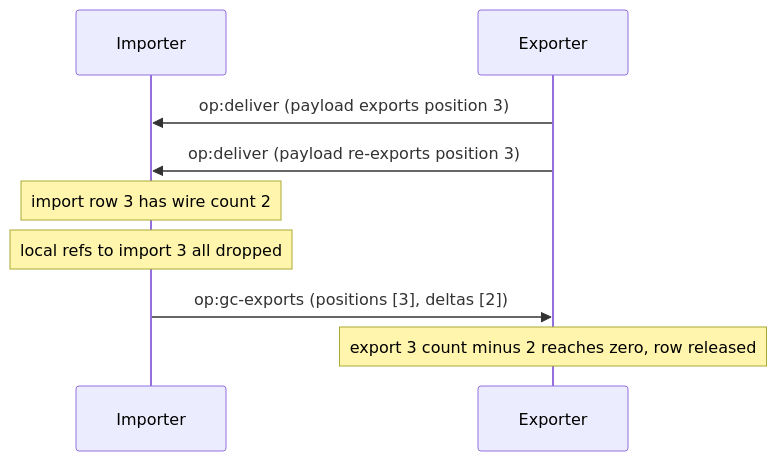
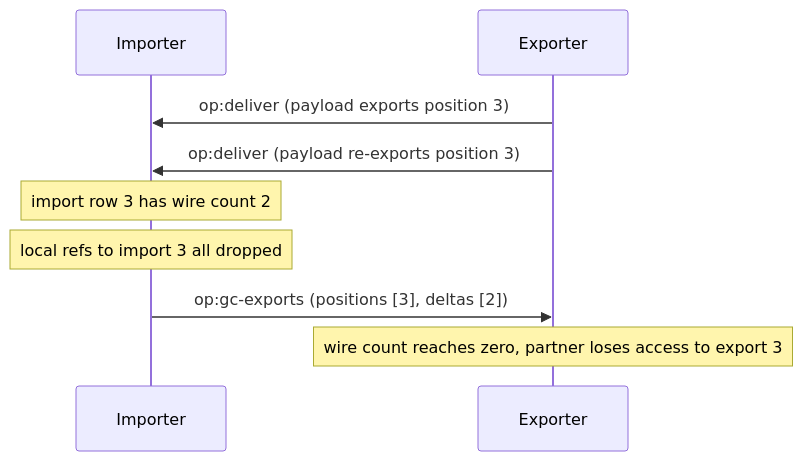
Before and after one commit to glowcap-org/glowcap: the second of 4 diagrams in docs/protocol-diagrams/05-gc.md, drawn with Mermaid. The commit also changed other lines of this file and 115 other files, not shown here.

````diff
--- a/docs/protocol-diagrams/05-gc.md
+++ b/docs/protocol-diagrams/05-gc.md
@@ -36,11 +38,11 @@
 ```mermaid
 sequenceDiagram
     participant I as Importer
     participant E as Exporter
     E->>I: op:deliver (payload exports position 3)
     E->>I: op:deliver (payload re-exports position 3)
     Note over I: import row 3 has wire count 2
     Note over I: local refs to import 3 all dropped
     I->>E: op:gc-exports (positions [3], deltas [2])
-    Note over E: export 3 count minus 2 reaches zero, row released
+    Note over E: wire count reaches zero, partner loses access to export 3
 ```
````
